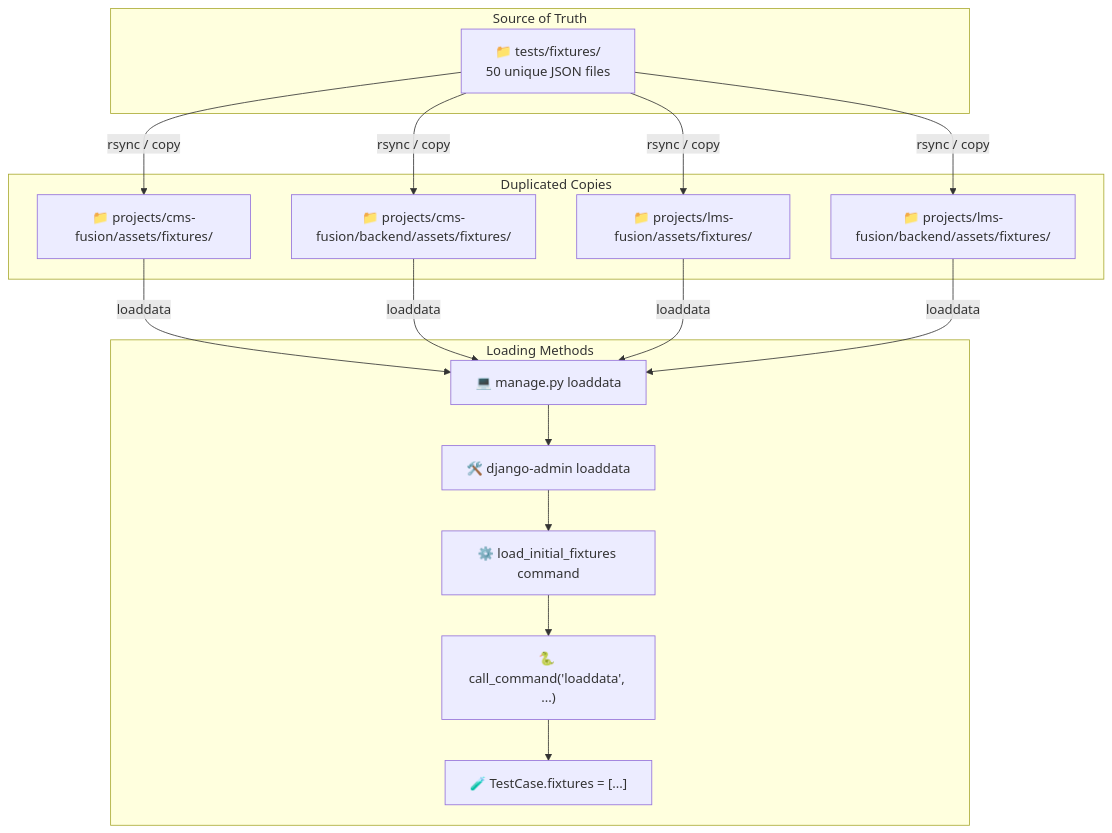
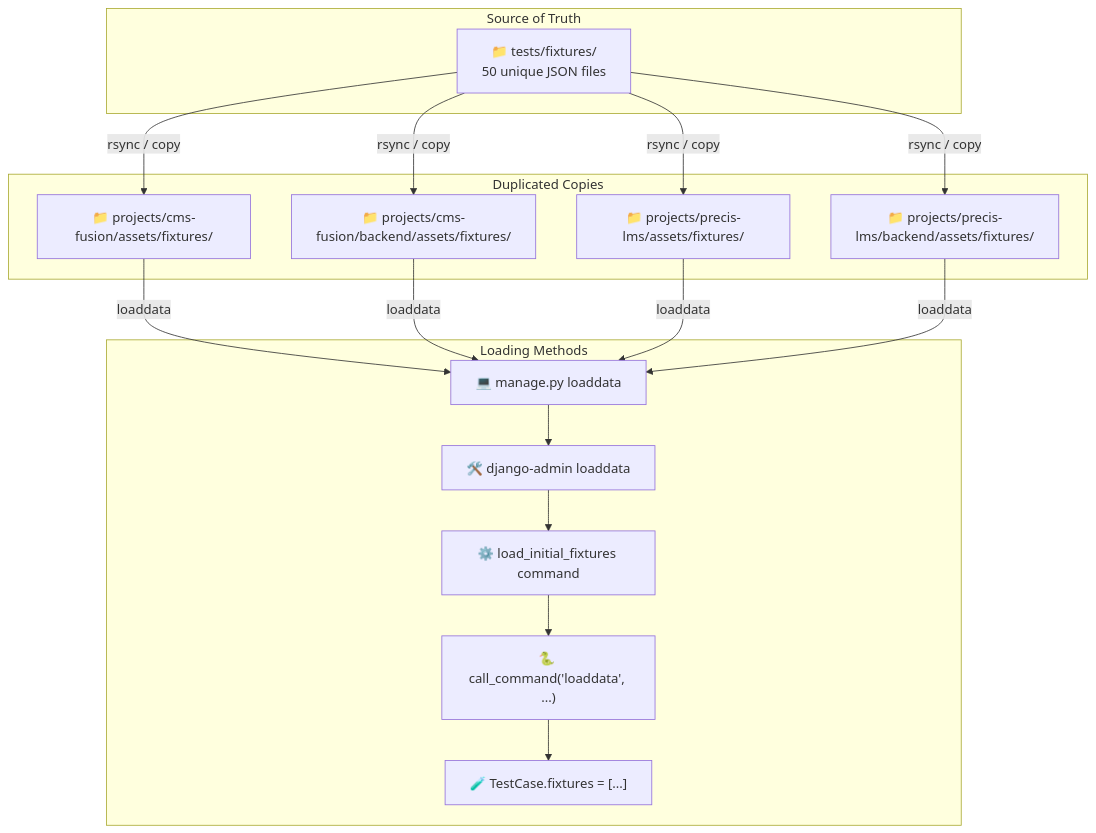
One commit to mammhoud/django-fusion changed the first of 4 diagrams in docs/fixtures/pipeline-diagram.md. Above: the diagram before and after it, drawn with Mermaid. The commit also changed other lines of this file and 8611 other files, not shown here.

````diff
--- a/docs/fixtures/pipeline-diagram.md
+++ b/docs/fixtures/pipeline-diagram.md
@@ -10,37 +10,37 @@
 ```mermaid
 graph TB
     subgraph "Source of Truth"
         FIXTURES["📁 tests/fixtures/
         50 unique JSON files"]
     end
 
     subgraph "Duplicated Copies"
         CMS_COPY["📁 projects/cms-fusion/assets/fixtures/"]
         CMS_BACKEND["📁 projects/cms-fusion/backend/assets/fixtures/"]
-        LMS_COPY["📁 projects/lms-fusion/assets/fixtures/"]
-        LMS_BACKEND["📁 projects/lms-fusion/backend/assets/fixtures/"]
+        LMS_COPY["📁 projects/precis-lms/assets/fixtures/"]
+        LMS_BACKEND["📁 projects/precis-lms/backend/assets/fixtures/"]
     end
 
     subgraph "Loading Methods"
         CLI["💻 manage.py loaddata"]
         CMD["🛠️ django-admin loaddata"]
         MGMT["⚙️ load_initial_fixtures command"]
         PYTHON["🐍 call_command('loaddata', ...)"]
         TEST["🧪 TestCase.fixtures = [...]"]
     end
 
     FIXTURES -->|rsync / copy| CMS_COPY
     FIXTURES -->|rsync / copy| CMS_BACKEND
     FIXTURES -->|rsync / copy| LMS_COPY
     FIXTURES -->|rsync / copy| LMS_BACKEND
 
     CMS_COPY -->|loaddata| CLI
     CMS_BACKEND -->|loaddata| CLI
     LMS_COPY -->|loaddata| CLI
     LMS_BACKEND -->|loaddata| CLI
 
     CLI --> CMD
     CMD --> MGMT
     MGMT --> PYTHON
     PYTHON --> TEST
 ```
````
